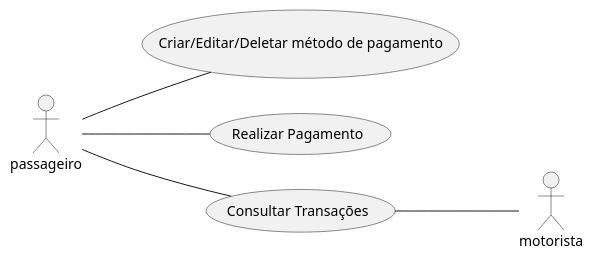
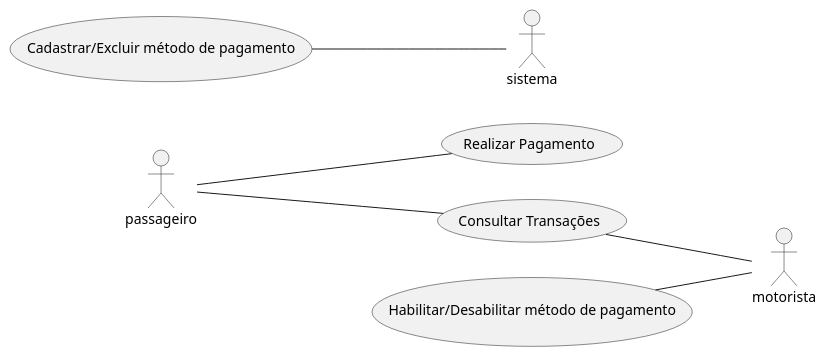
One commit to maruanoliveiraunb/es-2019 changed the diagram in work-products/requirements/use-cases/src/entity-payment.wsd. Above: the diagram before and after it, drawn with PlantUML. The commit also changed 9 other files, not shown here.

```diff
--- a/work-products/requirements/use-cases/src/entity-payment.wsd
+++ b/work-products/requirements/use-cases/src/entity-payment.wsd
@@ -1,11 +1,13 @@
 @startuml Entidade Usuário
 left to right direction
 actor motorista
 actor passageiro
 
-passageiro -- (Criar/Editar/Deletar método de pagamento)
+(Cadastrar/Excluir método de pagamento) -- sistema
+
 passageiro -- (Realizar Pagamento)
 passageiro -- (Consultar Transações)
 
+(Habilitar/Desabilitar método de pagamento) -- motorista
 (Consultar Transações) -- motorista
 @enduml
```
